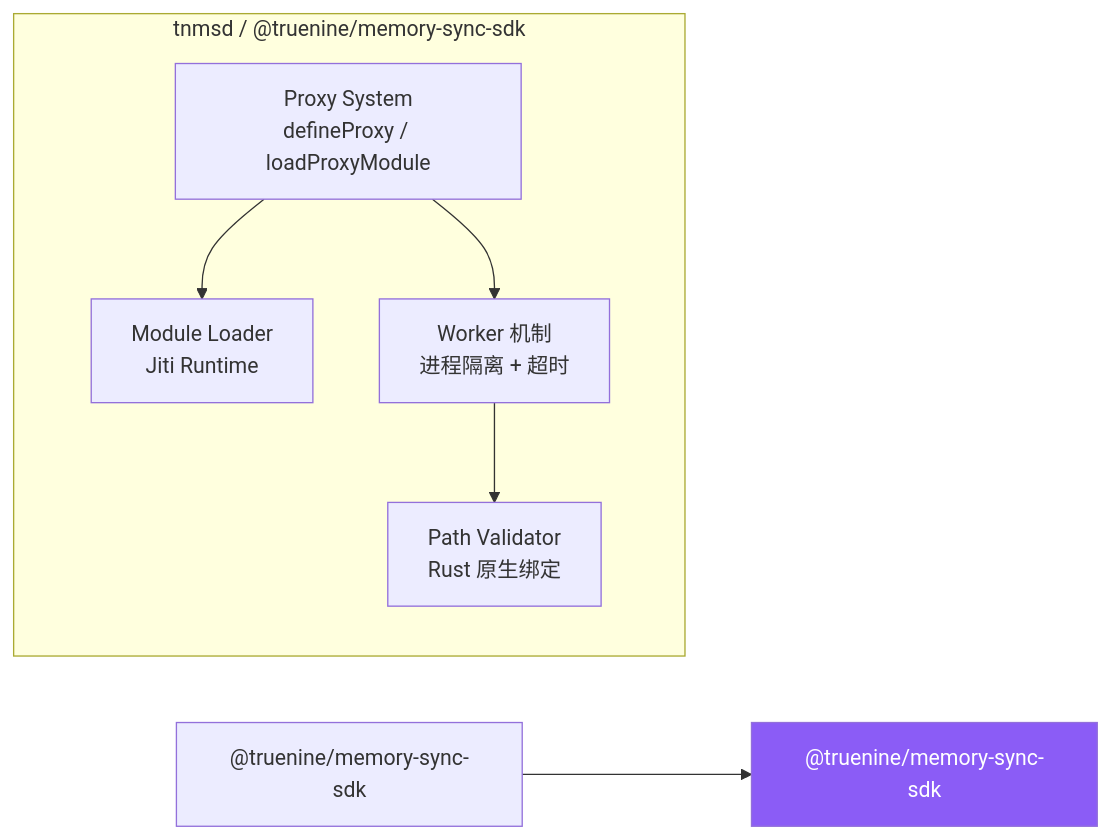
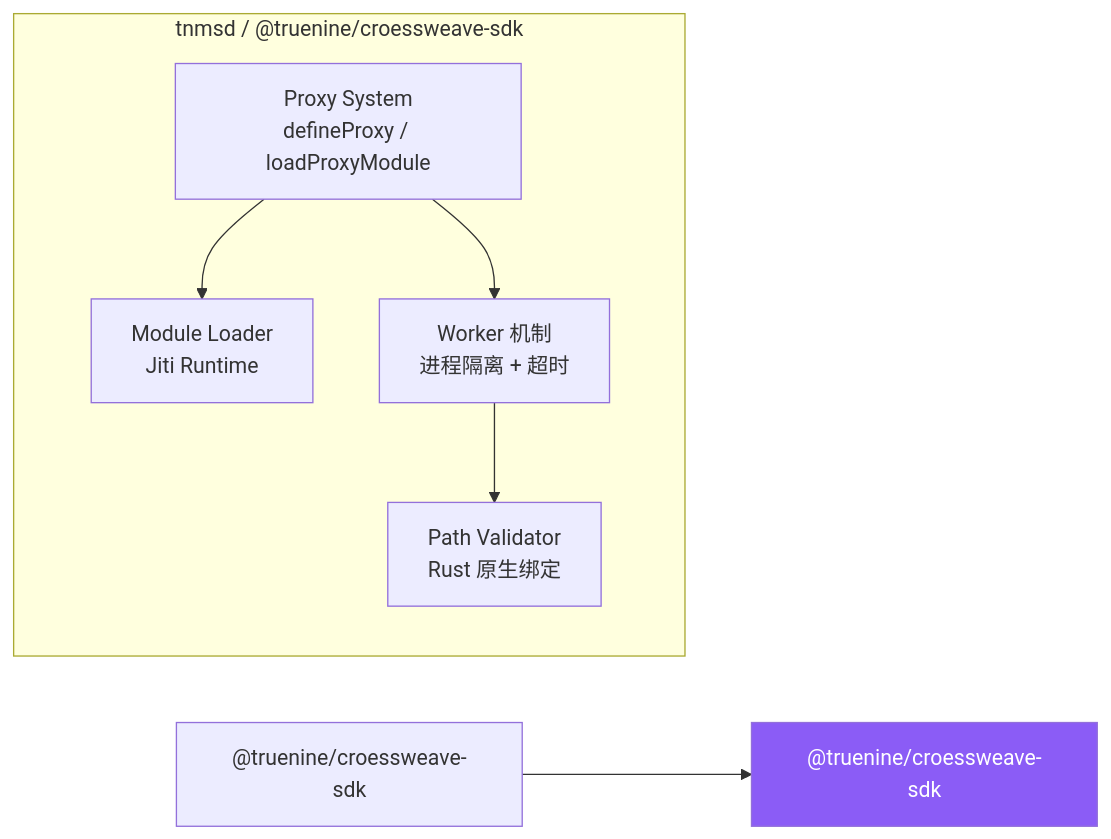
Before and after one commit to TrueNine/memory-sync: the fourth of 6 diagrams in doc/content/sdk/architecture.mdx, drawn with Mermaid. The commit also changed other lines of this file and 95 other files, not shown here.

First line of the commit message:
refactor: rename memory-sync to croessweave across the codebase

````diff
--- a/doc/content/sdk/architecture.mdx
+++ b/doc/content/sdk/architecture.mdx
@@ -202,18 +202,18 @@
 ```mermaid
 graph LR
-    SDK["@truenine/memory-sync-sdk"] --> SR["@truenine/memory-sync-sdk"]
+    SDK["@truenine/croessweave-sdk"] --> SR["@truenine/croessweave-sdk"]
 
-    subgraph ScriptRuntime["tnmsd / @truenine/memory-sync-sdk"]
+    subgraph ScriptRuntime["tnmsd / @truenine/croessweave-sdk"]
         direction TB
         SR_LOADER["Module Loader<br/>Jiti Runtime"]
         SR_PATH["Path Validator<br/>Rust 原生绑定"]
         SR_WORKER["Worker 机制<br/>进程隔离 + 超时"]
         SR_PROXY["Proxy System<br/>defineProxy / loadProxyModule"]
     end
 
     SR_PROXY --> SR_LOADER
     SR_PROXY --> SR_WORKER
     SR_WORKER --> SR_PATH
 
     style SR fill:#8b5cf6,color:#fff
 ```
````
